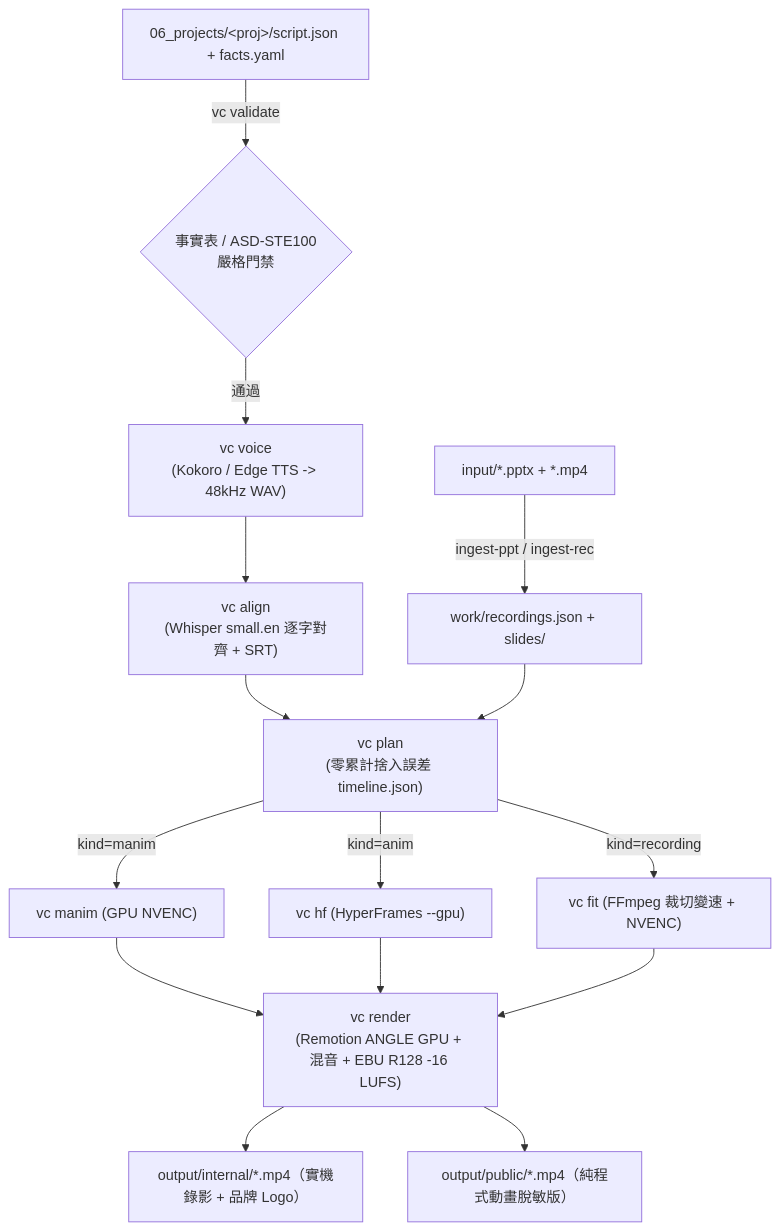
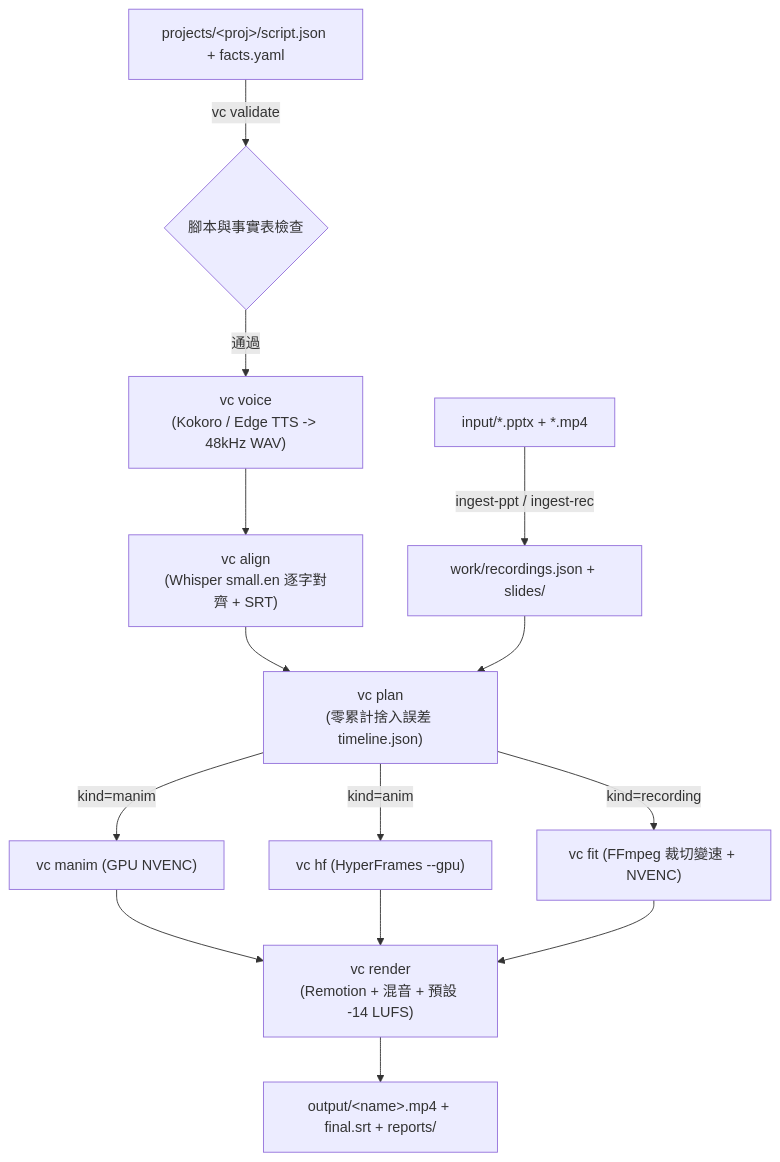
The diagram in docs/01_architecture.md (ikaros0902/Video_Creator), drawn with Mermaid before and after one commit. The commit also changed other lines of this file and 24 other files, not shown here.

Commit message:
docs: update architecture and rename audio assets

````diff
--- a/docs/01_architecture.md
+++ b/docs/01_architecture.md
@@ -7,19 +7,18 @@
 ```mermaid
 flowchart TD
-    S["06_projects/&lt;proj&gt;/script.json + facts.yaml"] -->|vc validate| VAL{"事實表 / ASD-STE100<br/>嚴格門禁"}
+    S["projects/&lt;proj&gt;/script.json + facts.yaml"] -->|vc validate| VAL{"腳本與事實表檢查"}
     IN["input/*.pptx + *.mp4"] -->|ingest-ppt / ingest-rec| WORK["work/recordings.json + slides/"]
     VAL -->|通過| VOX["vc voice<br/>(Kokoro / Edge TTS -> 48kHz WAV)"]
     VOX --> ALI["vc align<br/>(Whisper small.en 逐字對齊 + SRT)"]
     ALI --> PLN["vc plan<br/>(零累計捨入誤差 timeline.json)"]
     WORK --> PLN
 
     PLN -->|kind=manim| MAN["vc manim (GPU NVENC)"]
     PLN -->|kind=anim| HF["vc hf (HyperFrames --gpu)"]
     PLN -->|kind=recording| FIT["vc fit (FFmpeg 裁切變速 + NVENC)"]
 
-    MAN --> REM["vc render<br/>(Remotion ANGLE GPU + 混音 + EBU R128 -16 LUFS)"]
+    MAN --> REM["vc render<br/>(Remotion + 混音 + 預設 -14 LUFS)"]
     HF --> REM
     FIT --> REM
-    REM --> OUT1["output/internal/*.mp4（實機錄影 + 品牌 Logo）"]
-    REM --> OUT2["output/public/*.mp4（純程式動畫脫敏版）"]
+    REM --> OUT["output/&lt;name&gt;.mp4 + final.srt + reports/"]
 ```
````
